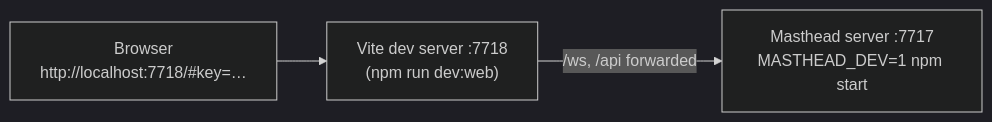
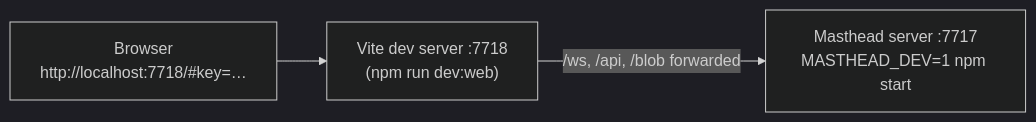
The diagram in docs/wiki/Building-Testing-Installing.md (Luxorium/masthead), drawn with Mermaid (dark theme) before and after one commit. The commit also changed other lines of this file and 124 other files, not shown here.

````diff
--- a/docs/wiki/Building-Testing-Installing.md
+++ b/docs/wiki/Building-Testing-Installing.md
@@ -127,5 +129,5 @@
 ```mermaid
 flowchart LR
   B["Browser<br/>http://localhost:7718/#key=…"] --> V["Vite dev server :7718<br/>(npm run dev:web)"]
-  V -- "/ws, /api forwarded" --> M["Masthead server :7717<br/>MASTHEAD_DEV=1 npm start"]
+  V -- "/ws, /api, /blob forwarded" --> M["Masthead server :7717<br/>MASTHEAD_DEV=1 npm start"]
 ```
````
